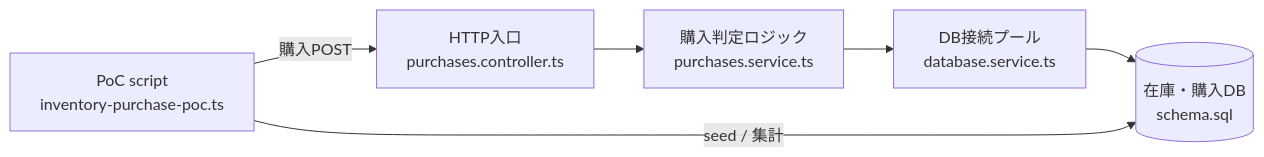
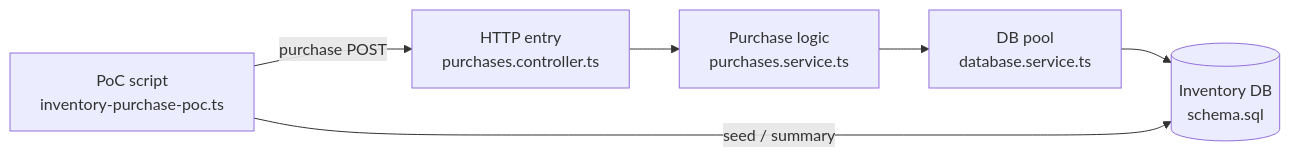
One commit to kmryst/ticket-c2c-platform changed the diagram in docs/poc/inventory-purchase-reading-guide.md. Above: the diagram before and after it, drawn with Mermaid. The commit also changed other lines of this file, not shown here.

Commit message:
docs: 在庫PoC構成図の表示互換性を改善

````diff
--- a/docs/poc/inventory-purchase-reading-guide.md
+++ b/docs/poc/inventory-purchase-reading-guide.md
@@ -13,15 +13,15 @@
 ```mermaid
 flowchart LR
-  script[PoC script<br/>inventory-purchase-poc.ts]
-  entry[HTTP入口<br/>purchases.controller.ts]
-  logic[購入判定ロジック<br/>purchases.service.ts]
-  dbconn[DB接続プール<br/>database.service.ts]
-  db[(在庫・購入DB<br/>schema.sql)]
+  script["PoC script<br>inventory-purchase-poc.ts"]
+  entry["HTTP entry<br>purchases.controller.ts"]
+  logic["Purchase logic<br>purchases.service.ts"]
+  dbconn["DB pool<br>database.service.ts"]
+  db[("Inventory DB<br>schema.sql")]
 
-  script -->|購入POST| entry
+  script -->|purchase POST| entry
   entry --> logic
   logic --> dbconn
   dbconn --> db
 
-  script -->|seed / 集計| db
+  script -->|seed / summary| db
 ```
````
